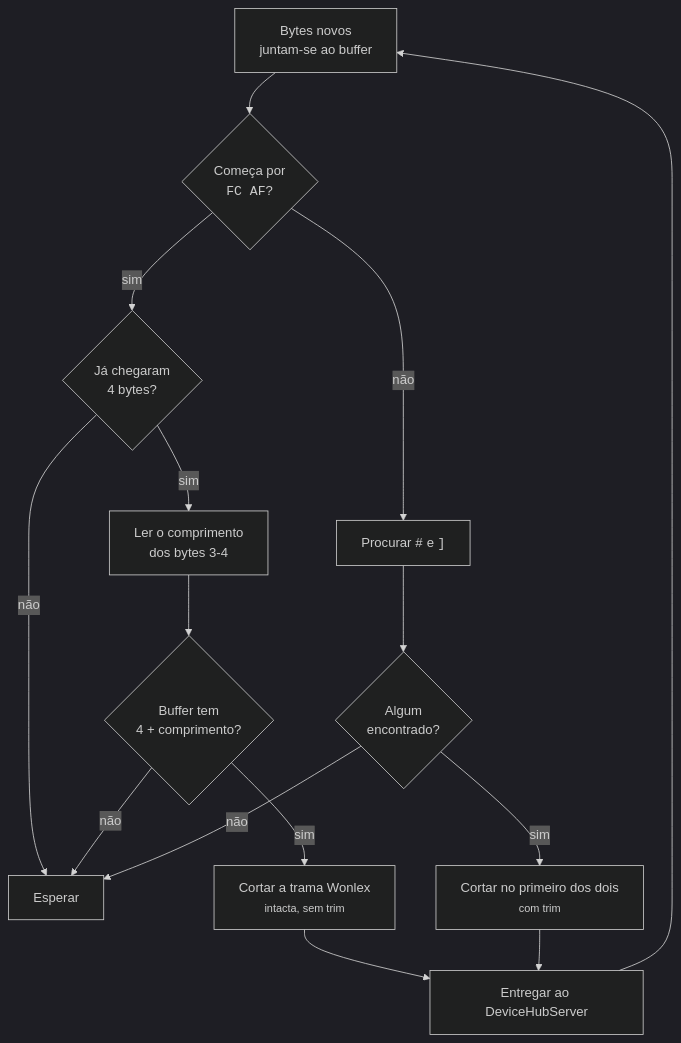
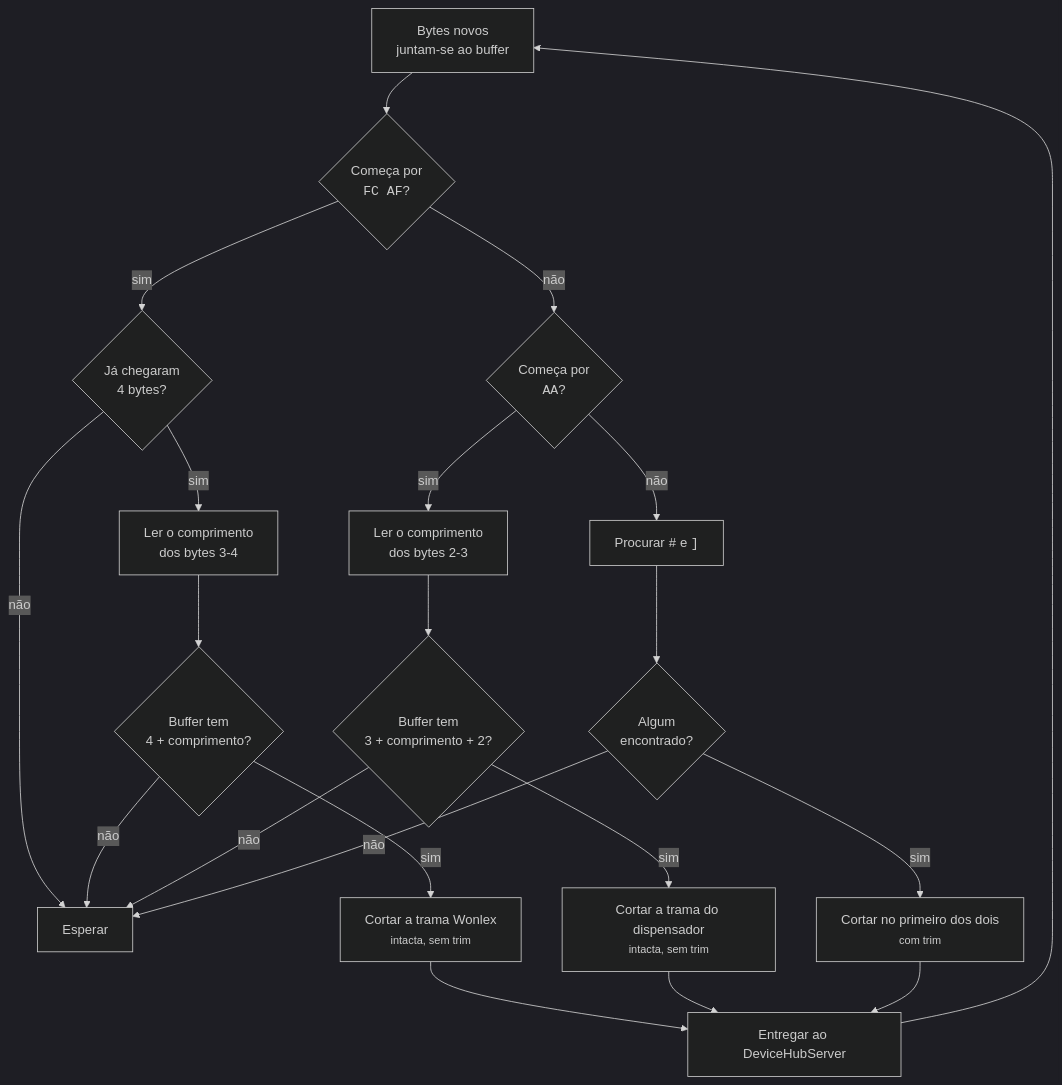
The second of 5 diagrams in docs/02-ingestao-tcp-relogios.md (hvieira512/havicare-hub), drawn with Mermaid (dark theme) before and after one commit. The commit also changed other lines of this file and 21 other files, not shown here.

````diff
--- a/docs/02-ingestao-tcp-relogios.md
+++ b/docs/02-ingestao-tcp-relogios.md
@@ -31,17 +35,23 @@
 ```mermaid
 flowchart TB
   A["Bytes novos<br/>juntam-se ao buffer"] --> B{"Começa por<br/><code>FC AF</code>?"}
   B -->|sim| C{"Já chegaram<br/>4 bytes?"}
   C -->|não| W["Esperar"]
   C -->|sim| D["Ler o comprimento<br/>dos bytes 3-4"]
   D --> E{"Buffer tem<br/>4 + comprimento?"}
   E -->|não| W
   E -->|sim| F["Cortar a trama Wonlex<br/><small>intacta, sem trim</small>"]
-  B -->|não| G["Procurar <code>#</code> e <code>]</code>"]
+  B -->|não| K{"Começa por<br/><code>AA</code>?"}
+  K -->|sim| L["Ler o comprimento<br/>dos bytes 2-3"]
+  L --> M{"Buffer tem<br/>3 + comprimento + 2?"}
+  M -->|não| W
+  M -->|sim| N["Cortar a trama do dispensador<br/><small>intacta, sem trim</small>"]
+  K -->|não| G["Procurar <code>#</code> e <code>]</code>"]
   G --> H{"Algum<br/>encontrado?"}
   H -->|não| W
   H -->|sim| I["Cortar no primeiro dos dois<br/><small>com trim</small>"]
   F --> J["Entregar ao DeviceHubServer"]
+  N --> J
   I --> J
   J --> A
 ```
````
